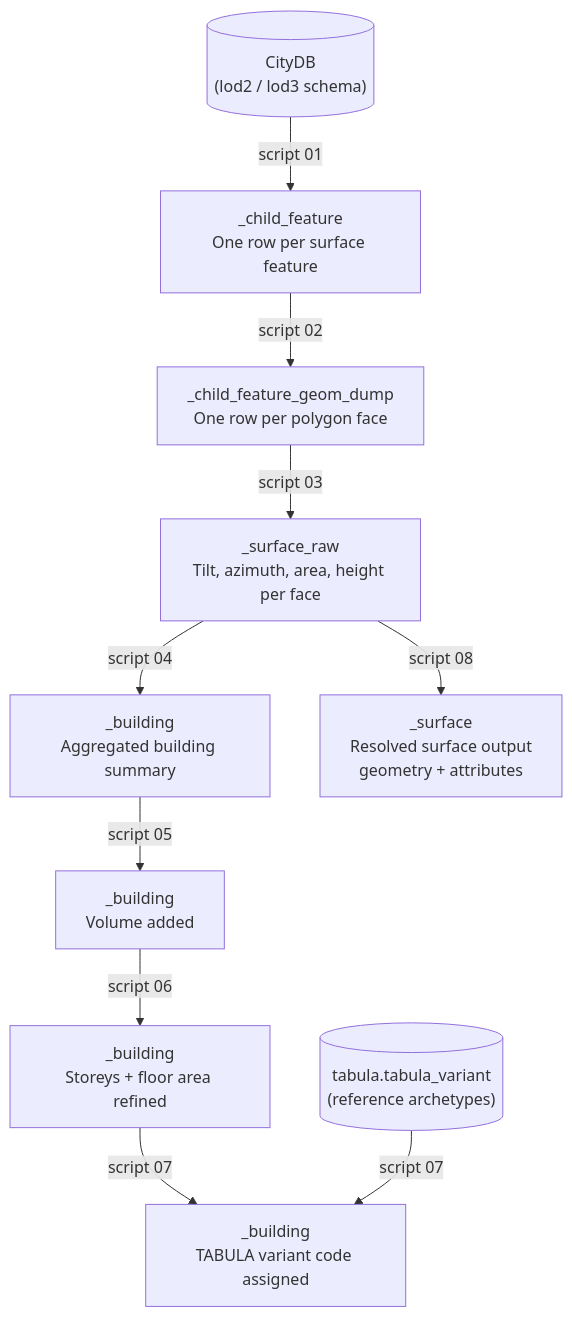
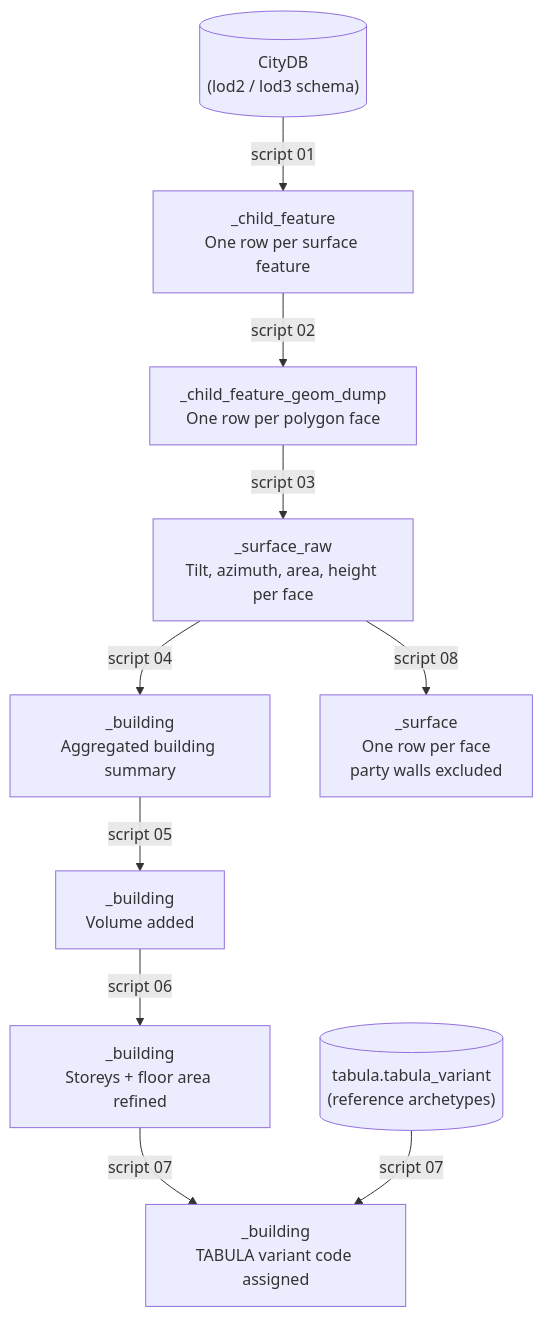
The diagram in docs/code/sql-pipeline/index.md (THD-Spatial-AI/city2tabula), drawn with Mermaid before and after one commit. The commit also changed other lines of this file and 4 other files, not shown here.

````diff
--- a/docs/code/sql-pipeline/index.md
+++ b/docs/code/sql-pipeline/index.md
@@ -26,12 +26,12 @@
 ```mermaid
 flowchart TD
     A[("CityDB<br>(lod2 / lod3 schema)")] -->|script 01| B["_child_feature<br>One row per surface feature"]
     B -->|script 02| C["_child_feature_geom_dump<br>One row per polygon face"]
     C -->|script 03| D["_surface_raw<br>Tilt, azimuth, area, height per face"]
     D -->|script 04| E["_building<br>Aggregated building summary"]
     E -->|script 05| F["_building<br>Volume added"]
     F -->|script 06| G["_building<br>Storeys + floor area refined"]
     G -->|script 07| H["_building<br>TABULA variant code assigned"]
     I[("tabula.tabula_variant<br>(reference archetypes)")] -->|script 07| H
-    D -->|script 08| J["_surface<br>Resolved surface output<br>geometry + attributes"]
+    D -->|script 08| J["_surface<br>One row per face<br>party walls excluded"]
 ```
````
